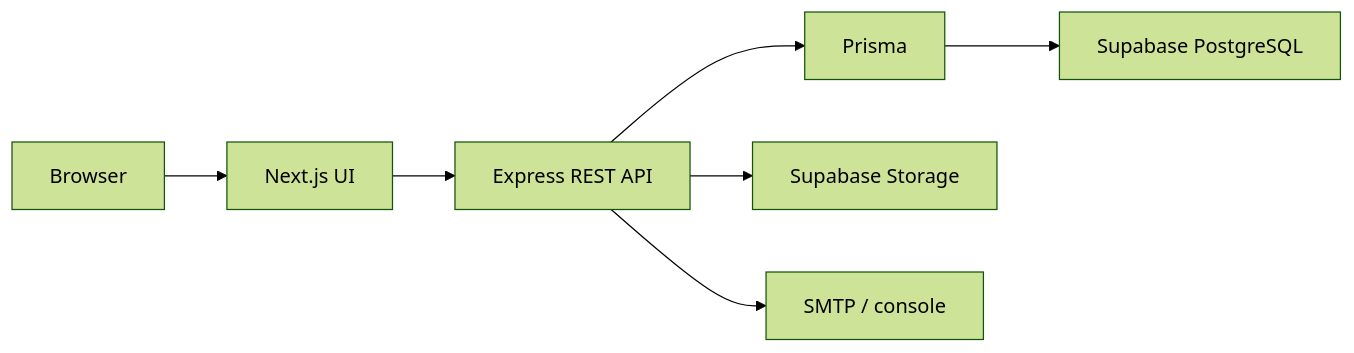
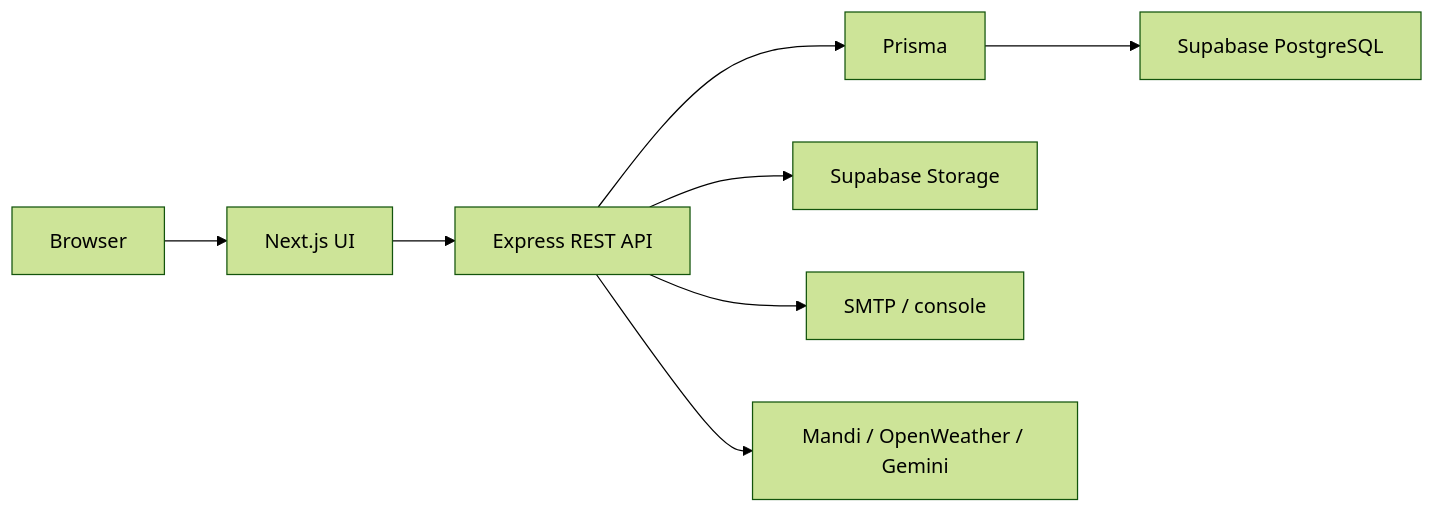
One commit to Kabirmanchanda20/ucs503p-AgriConnect changed the first of 2 diagrams in README.md. Above: the diagram before and after it, drawn with Mermaid (forest theme). The commit also changed other lines of this file and 1 other file, not shown here.

````diff
--- a/README.md
+++ b/README.md
@@ -59,9 +146,10 @@
 ```mermaid
 flowchart LR
   Browser["Browser"] --> Next["Next.js UI"]
   Next --> API["Express REST API"]
   API --> Prisma["Prisma"]
   Prisma --> PG["Supabase PostgreSQL"]
   API --> Storage["Supabase Storage"]
   API --> Mail["SMTP / console"]
+  API --> Mandi["Mandi / OpenWeather / Gemini"]
 ```
````
